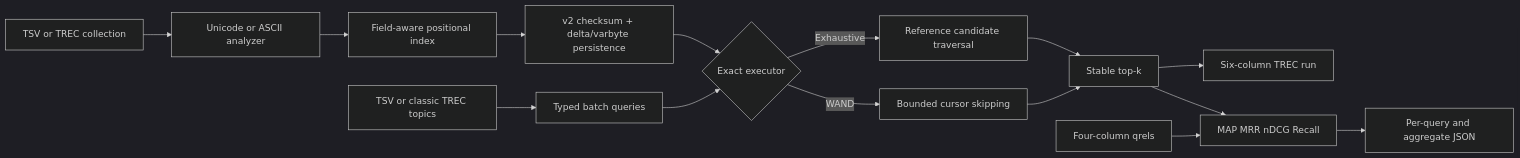
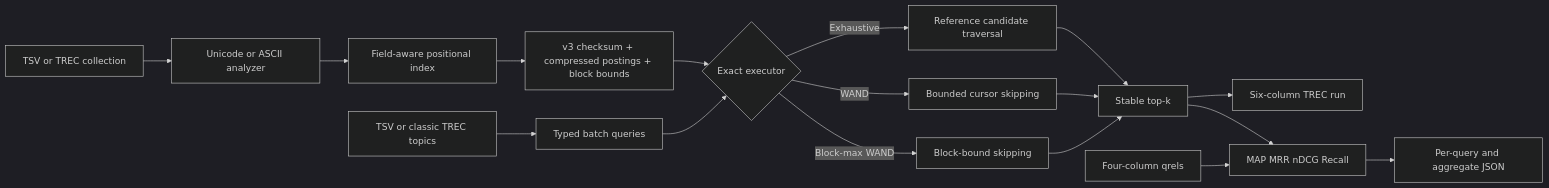
The diagram in README.md (appleweiping/IndexSail), drawn with Mermaid (dark theme) before and after one commit. The commit also changed other lines of this file and 20 other files, not shown here.

Commit message:
Release 0.3.0 with persistent block-max WAND

````diff
--- a/README.md
+++ b/README.md
@@ -34,17 +36,19 @@
 ```mermaid
 flowchart LR
     A[TSV or TREC collection] --> B[Unicode or ASCII analyzer]
     B --> C[Field-aware positional index]
-    C --> D[v2 checksum + delta/varbyte persistence]
+    C --> D[v3 checksum + compressed postings + block bounds]
     T[TSV or classic TREC topics] --> Q[Typed batch queries]
     D --> E{Exact executor}
     Q --> E
     E -->|Exhaustive| X[Reference candidate traversal]
     E -->|WAND| W[Bounded cursor skipping]
+    E -->|Block-max WAND| BW[Block-bound skipping]
     X --> K[Stable top-k]
     W --> K
+    BW --> K
     K --> R[Six-column TREC run]
     J[Four-column qrels] --> M[MAP MRR nDCG Recall]
     K --> M
     M --> O[Per-query and aggregate JSON]
 ```
````
